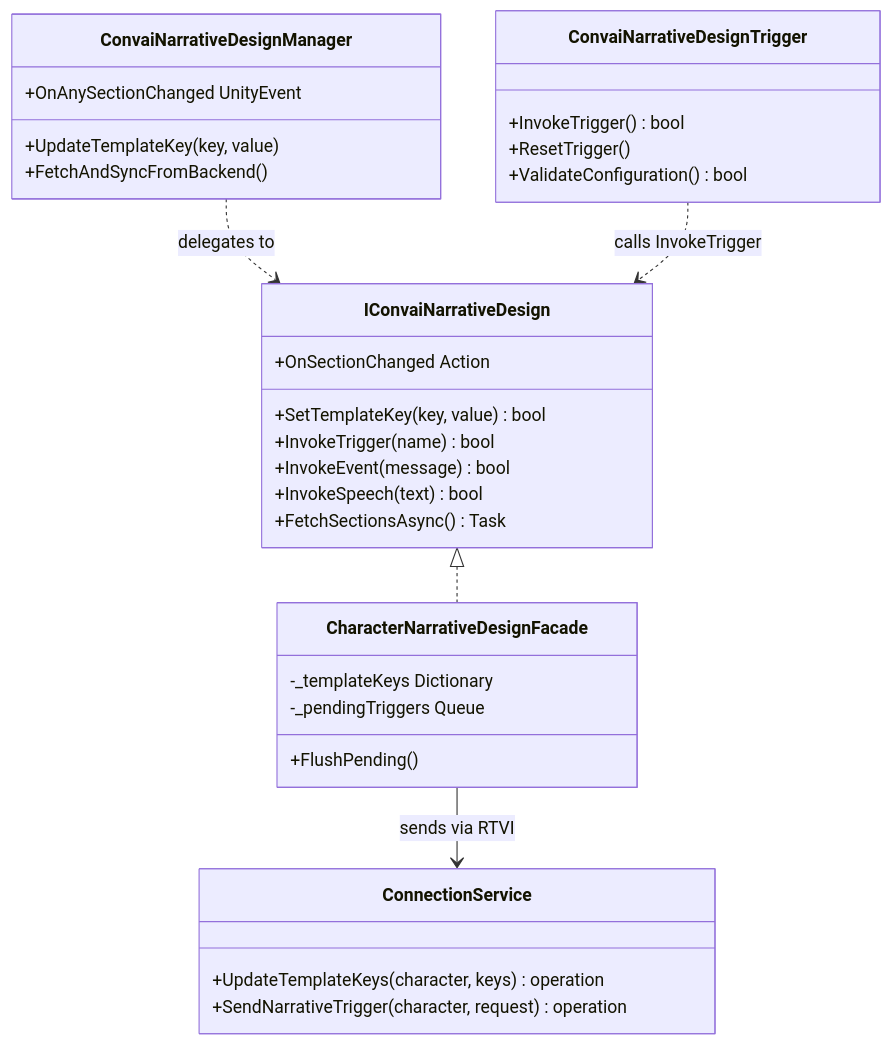
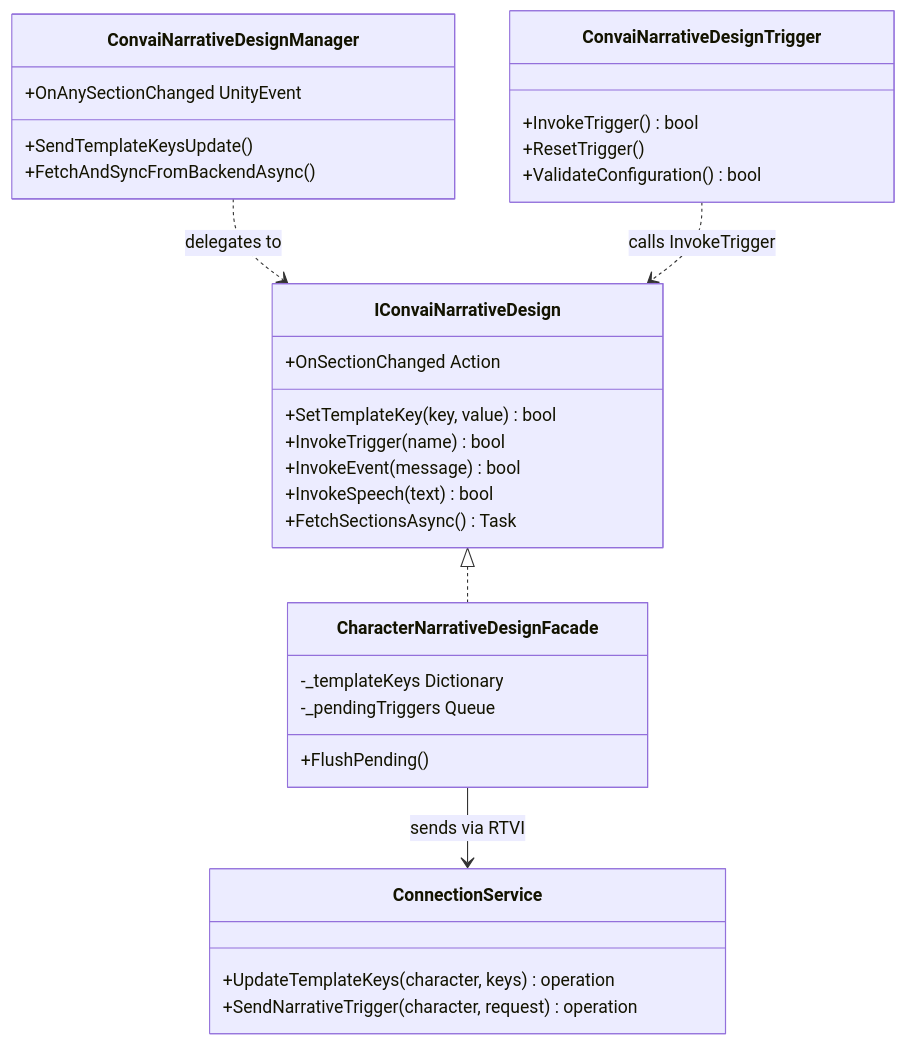
One commit to Conv-AI/Convai-Documentation changed the diagram in plugins-and-integrations/convai-unity-sdk/features/narrative-design/scripting-narrative-design.md. Above: the diagram before and after it, drawn with Mermaid. The commit also changed other lines of this file and 237 other files, not shown here.

````diff
--- a/plugins-and-integrations/convai-unity-sdk/features/narrative-design/scripting-narrative-design.md
+++ b/plugins-and-integrations/convai-unity-sdk/features/narrative-design/scripting-narrative-design.md
@@ -259,35 +247,35 @@
 ```mermaid
 classDiagram
     class ConvaiNarrativeDesignManager {
-        +UpdateTemplateKey(key, value)
-        +FetchAndSyncFromBackend()
+        +SendTemplateKeysUpdate()
+        +FetchAndSyncFromBackendAsync()
         +OnAnySectionChanged UnityEvent
     }
     class ConvaiNarrativeDesignTrigger {
         +InvokeTrigger() bool
         +ResetTrigger()
         +ValidateConfiguration() bool
     }
     class IConvaiNarrativeDesign {
         +SetTemplateKey(key, value) bool
         +InvokeTrigger(name) bool
         +InvokeEvent(message) bool
         +InvokeSpeech(text) bool
         +FetchSectionsAsync() Task
         +OnSectionChanged Action
     }
     class CharacterNarrativeDesignFacade {
         -_templateKeys Dictionary
         -_pendingTriggers Queue
         +FlushPending()
     }
     class ConnectionService {
         +UpdateTemplateKeys(character, keys) operation
         +SendNarrativeTrigger(character, request) operation
     }
 
     ConvaiNarrativeDesignManager ..> IConvaiNarrativeDesign : delegates to
     ConvaiNarrativeDesignTrigger ..> IConvaiNarrativeDesign : calls InvokeTrigger
     IConvaiNarrativeDesign <|.. CharacterNarrativeDesignFacade
     CharacterNarrativeDesignFacade --> ConnectionService : sends via RTVI
 ```
````
